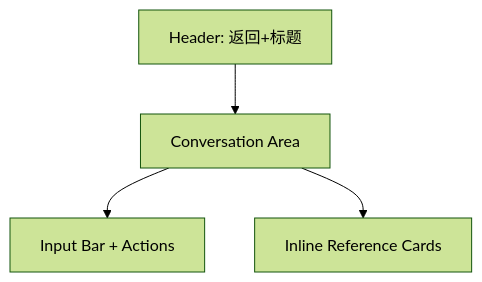
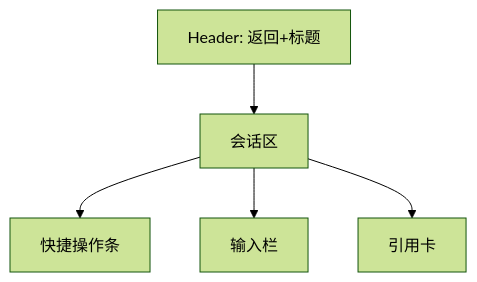
One commit to Young-Hearts-Agent-Platform-developer/Young-Hearts-Agent-Platform-frontend-react changed the diagram in docs/page-designs/智能体咨询-页面设计.md. Above: the diagram before and after it, drawn with Mermaid (forest theme). The commit also changed other lines of this file and 6 other files, not shown here.

````diff
--- a/docs/page-designs/智能体咨询-页面设计.md
+++ b/docs/page-designs/智能体咨询-页面设计.md
@@ -19,6 +20,7 @@
 ```mermaid
 graph TB
-  Header[Header: 返回+标题] --> Conversation[Conversation Area]
-  Conversation --> InputBar[Input Bar + Actions]
-  Conversation --> References[Inline Reference Cards]
+  Header[Header: 返回+标题] --> Conversation[会话区]
+  Conversation --> QuickActions[快捷操作条]
+  Conversation --> InputBar[输入栏]
+  Conversation --> References[引用卡]
 ```
````
